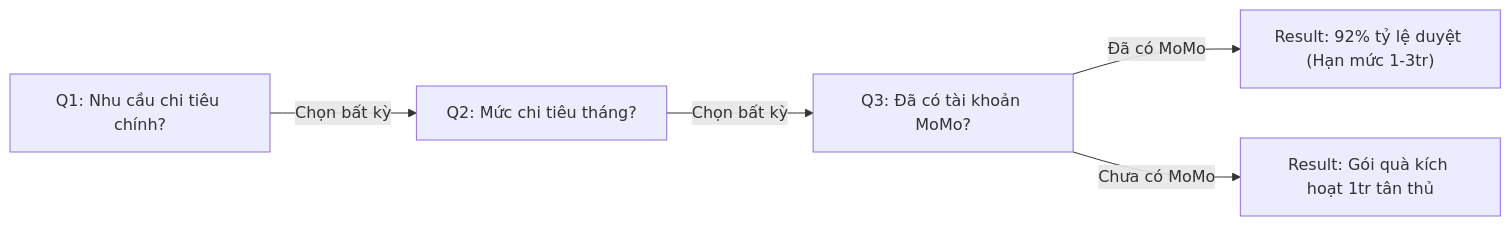
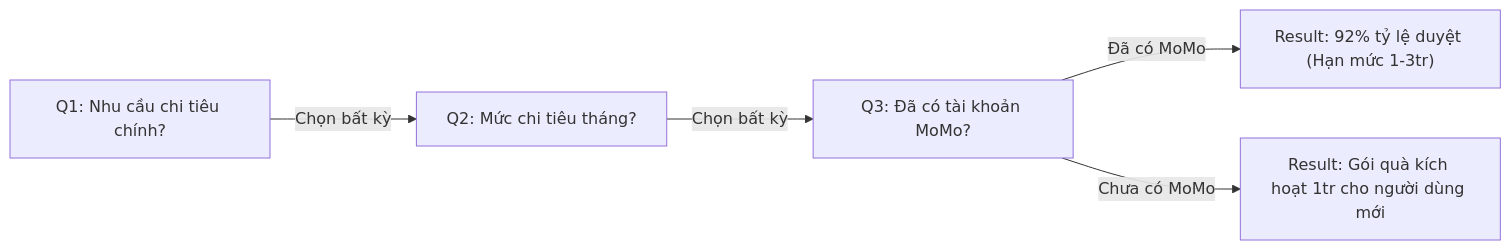
Before and after one commit to vanhien26/hienho-knowledgebase: the first of 6 diagrams in 04_MOSPARK_PLATFORM/QUIZ_FLOW_SPECIFICATION_FOR_DEV.md, drawn with Mermaid. The commit also changed 12 other files, not shown here.

````diff
--- a/04_MOSPARK_PLATFORM/QUIZ_FLOW_SPECIFICATION_FOR_DEV.md
+++ b/04_MOSPARK_PLATFORM/QUIZ_FLOW_SPECIFICATION_FOR_DEV.md
@@ -116,7 +116,7 @@
 ```mermaid
 graph LR
     vts_q1["Q1: Nhu cầu chi tiêu chính?"] -->|Chọn bất kỳ| vts_q2["Q2: Mức chi tiêu tháng?"]
     vts_q2 -->|Chọn bất kỳ| vts_q3["Q3: Đã có tài khoản MoMo?"]
     vts_q3 -->|Đã có MoMo| vts_res_ready["Result: 92% tỷ lệ duyệt (Hạn mức 1-3tr)"]
-    vts_q3 -->|Chưa có MoMo| vts_res_new["Result: Gói quà kích hoạt 1tr tân thủ"]
+    vts_q3 -->|Chưa có MoMo| vts_res_new["Result: Gói quà kích hoạt 1tr cho người dùng mới"]
 ```
````
